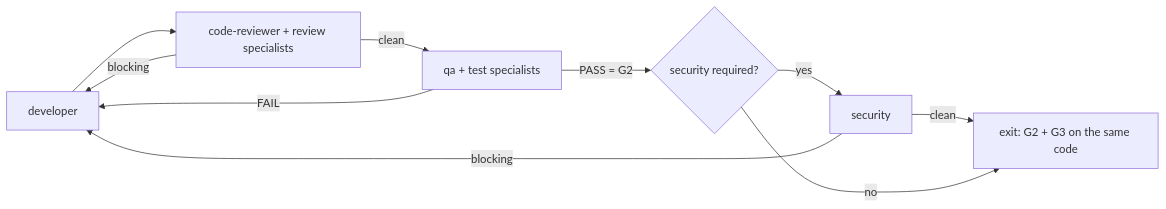
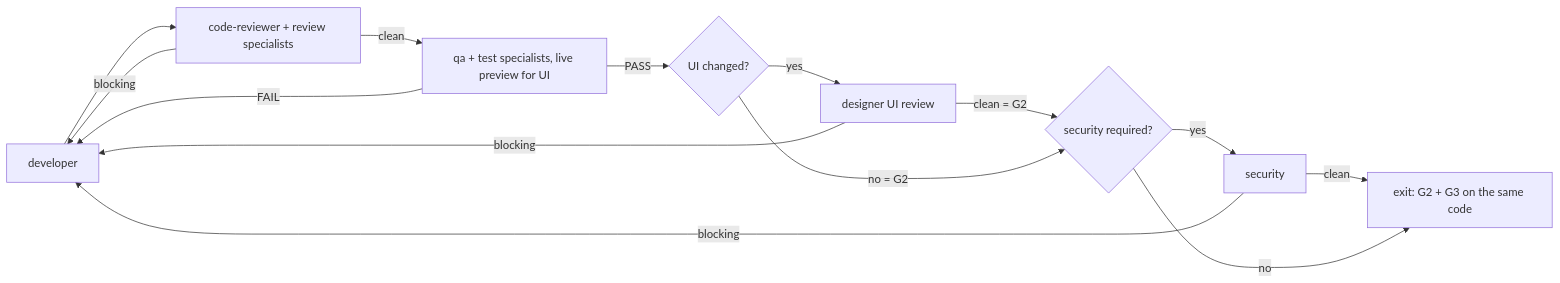
The third of 3 diagrams in agents/lead.md (Tuan-Quyen/technical-teams), drawn with Mermaid before and after one commit. The commit also changed other lines of this file and 22 other files, not shown here.

First line of the commit message:
Add designer role and live-preview QA skill

````diff
--- a/agents/lead.md
+++ b/agents/lead.md
@@ -144,12 +146,16 @@
 ```mermaid
 flowchart LR
   D[developer] --> CR[code-reviewer + review specialists]
   CR -- blocking --> D
-  CR -- clean --> Q[qa + test specialists]
+  CR -- clean --> Q[qa + test specialists, live preview for UI]
   Q -- FAIL --> D
-  Q -- PASS = G2 --> S{security required?}
+  Q -- PASS --> UR{UI changed?}
+  UR -- yes --> DR[designer UI review]
+  DR -- blocking --> D
+  DR -- clean = G2 --> S
+  UR -- no = G2 --> S{security required?}
   S -- yes --> SEC[security]
   SEC -- blocking --> D
   SEC -- clean --> X[exit: G2 + G3 on the same code]
   S -- no --> X
 ```
````
